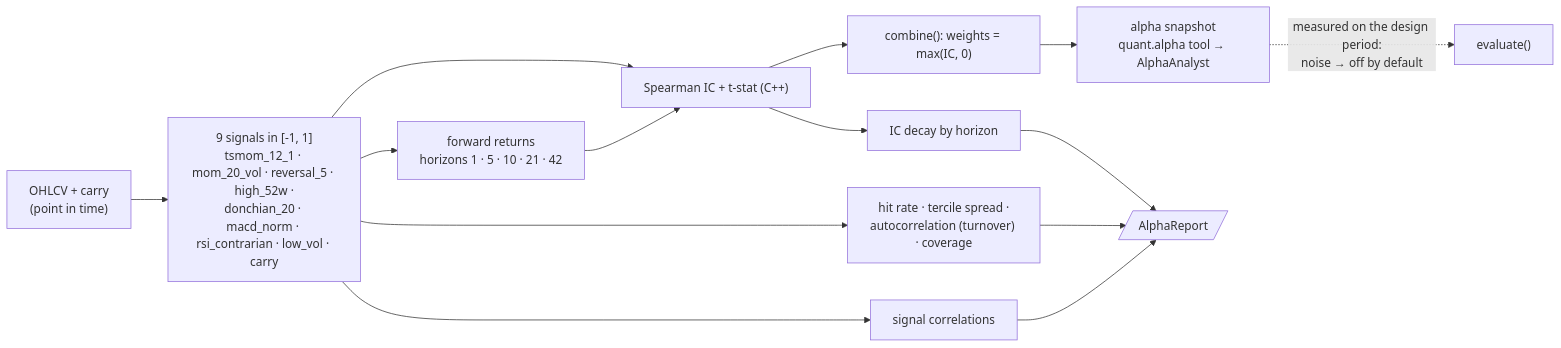
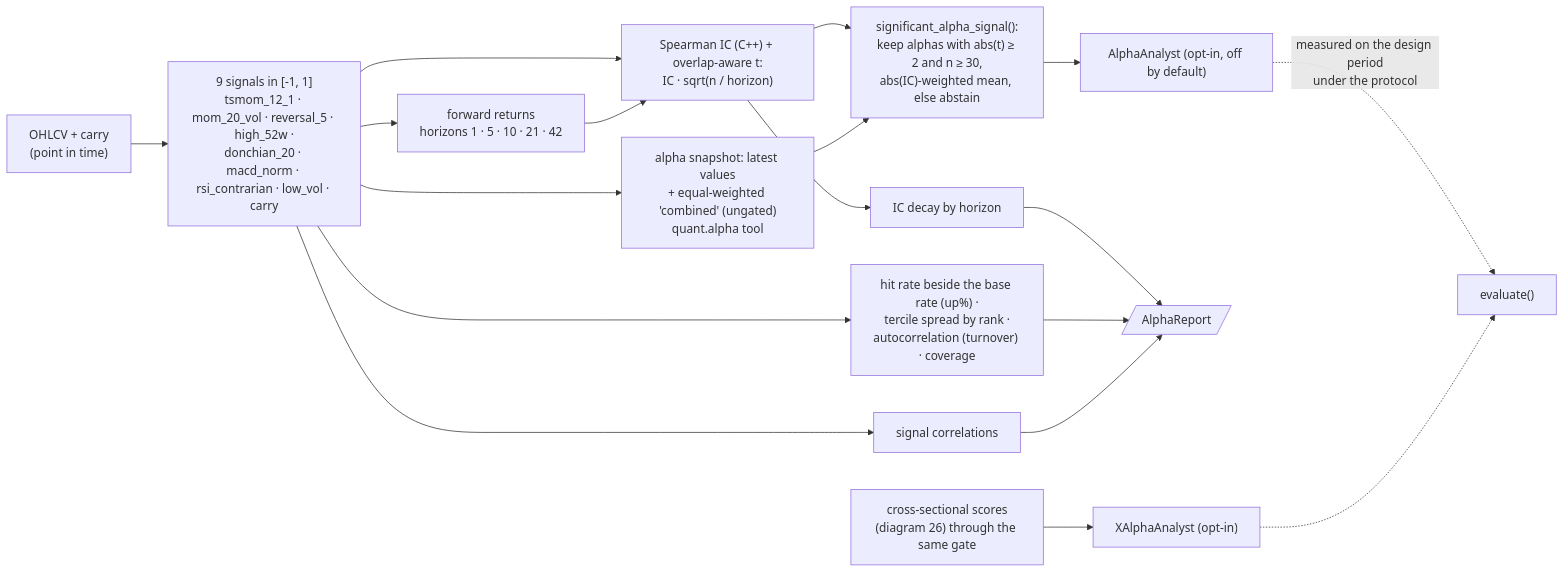
One commit to AshJha0/agentic-trader changed diagram 20 of 30 in docs/DIAGRAMS.md. Above: the diagram before and after it, drawn with Mermaid. The commit also changed other lines of this file and 112 other files, not shown here.

````diff
--- a/docs/DIAGRAMS.md
+++ b/docs/DIAGRAMS.md
@@ -576,16 +587,20 @@
 ```mermaid
 flowchart LR
     OHLC["OHLCV + carry<br/>(point in time)"] --> SIG["9 signals in [-1, 1]<br/>tsmom_12_1 · mom_20_vol · reversal_5 · high_52w ·<br/>donchian_20 · macd_norm · rsi_contrarian · low_vol · carry"]
     SIG --> FWD["forward returns<br/>horizons 1 · 5 · 10 · 21 · 42"]
-    SIG --> IC["Spearman IC + t-stat (C++)"]
+    SIG --> IC["Spearman IC (C++) + overlap-aware t:<br/>IC · sqrt(n / horizon)"]
     FWD --> IC
     IC --> DEC["IC decay by horizon"]
-    SIG --> HIT["hit rate · tercile spread ·<br/>autocorrelation (turnover) · coverage"]
+    SIG --> HIT["hit rate beside the base rate (up%) ·<br/>tercile spread by rank ·<br/>autocorrelation (turnover) · coverage"]
     SIG --> CORR["signal correlations"]
-    IC --> COMB["combine(): weights = max(IC, 0)"]
-    COMB --> SNAP["alpha snapshot<br/>quant.alpha tool → AlphaAnalyst"]
+    SIG --> SNAP["alpha snapshot: latest values<br/>+ equal-weighted 'combined' (ungated)<br/>quant.alpha tool"]
+    IC --> GATE["significant_alpha_signal():<br/>keep alphas with abs(t) ≥ 2 and n ≥ 30,<br/>abs(IC)-weighted mean, else abstain"]
+    SNAP --> GATE
+    GATE --> AN["AlphaAnalyst (opt-in, off by default)"]
     DEC --> REP[/AlphaReport/]
     HIT --> REP
     CORR --> REP
-    SNAP -.->|"measured on the design period:<br/>noise → off by default"| EVAL["evaluate()"]
+    XS["cross-sectional scores<br/>(diagram 26) through the same gate"] --> XAN["XAlphaAnalyst (opt-in)"]
+    AN -.->|"measured on the design period<br/>under the protocol"| EVAL["evaluate()"]
+    XAN -.-> EVAL
 ```
````
